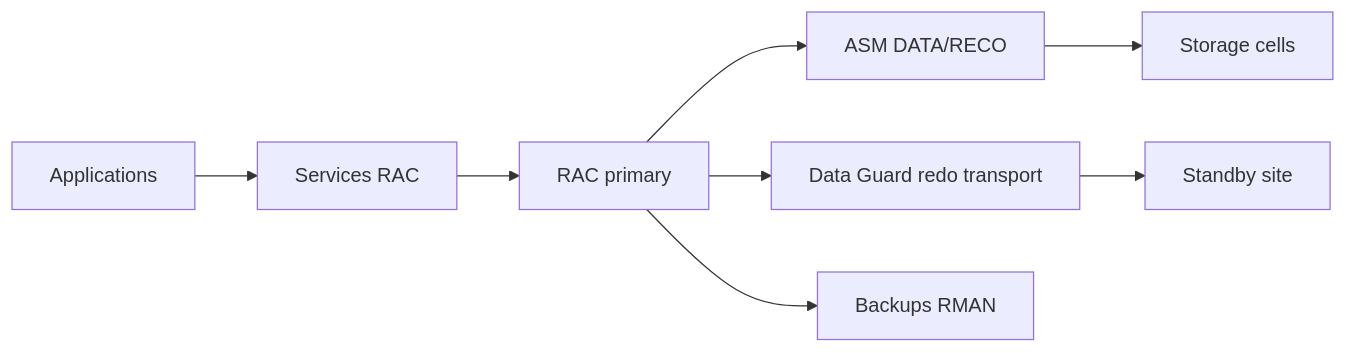
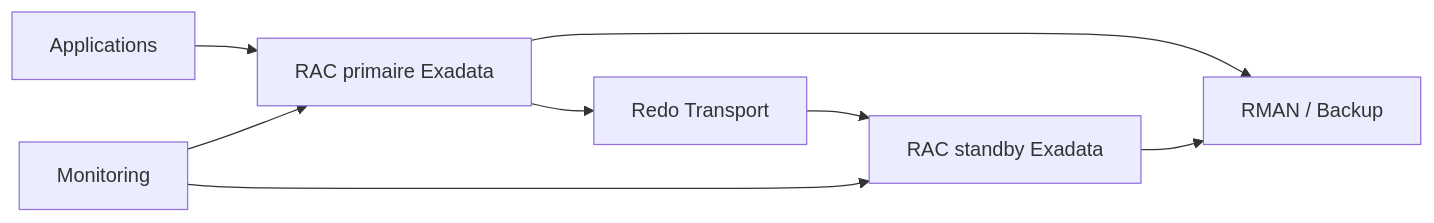
One commit to zdmooc/oracle-exadata-infra-ha-dr-course-labs-v5 changed the diagram in modules/23-ha-dr-et-maa.md. Above: the diagram before and after it, drawn with Mermaid. The commit also changed other lines of this file and 6 other files, not shown here.

````diff
--- a/modules/23-ha-dr-et-maa.md
+++ b/modules/23-ha-dr-et-maa.md
@@ -162,10 +257,10 @@
 ```mermaid
 flowchart LR
-    APP[Applications] --> SVC[Services RAC]
-    SVC --> RAC[RAC primary]
-    RAC --> ASM[ASM DATA/RECO]
-    ASM --> CELL[Storage cells]
-    RAC --> DG[Data Guard redo transport]
-    DG --> STBY[Standby site]
-    RAC --> RMAN[Backups RMAN]
+    APP[Applications] --> RAC1[RAC primaire Exadata]
+    RAC1 --> DG[Redo Transport]
+    DG --> RAC2[RAC standby Exadata]
+    RAC1 --> RMAN[RMAN / Backup]
+    RAC2 --> RMAN
+    MON[Monitoring] --> RAC1
+    MON --> RAC2
 ```
````
